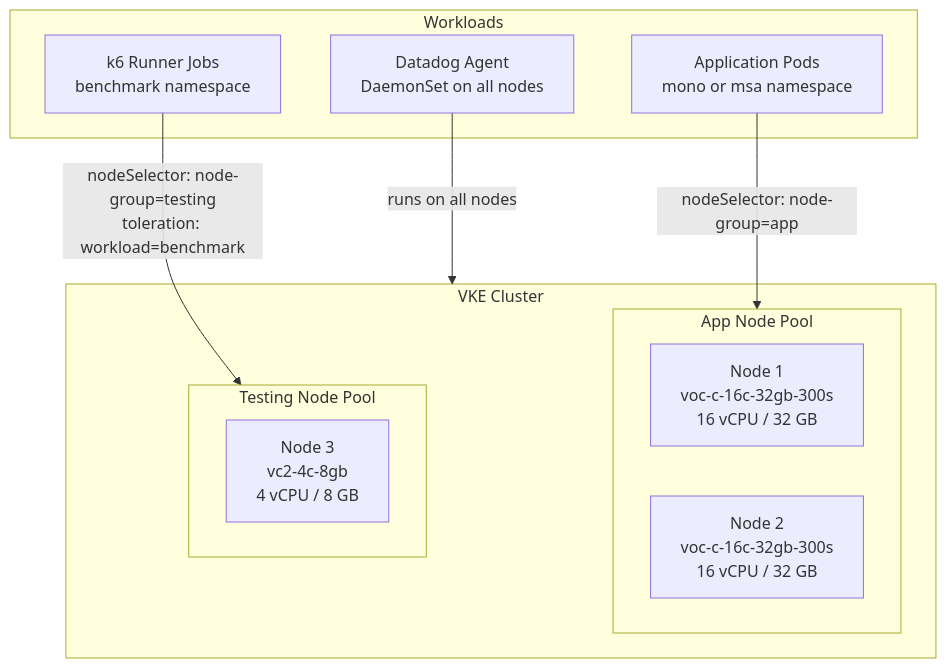
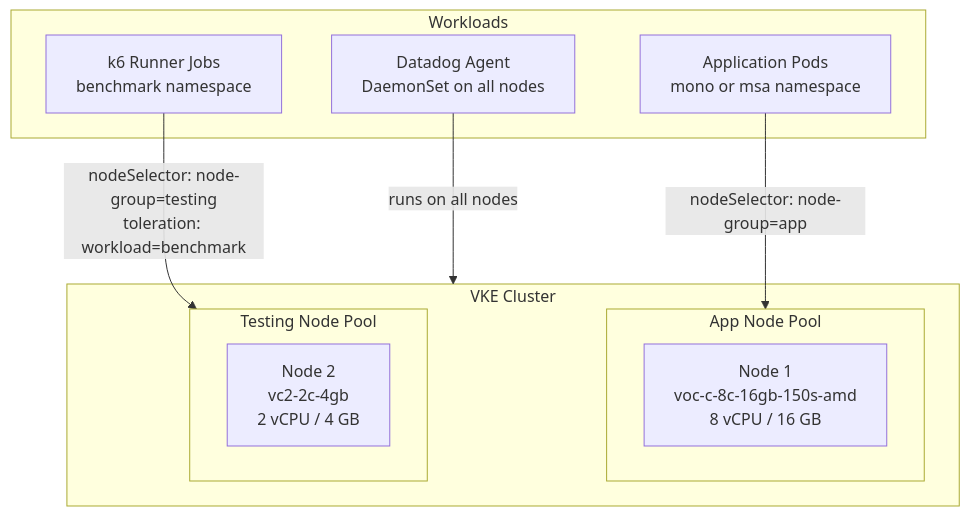
Before and after one commit to Ahmad-mufied/monolith-vs-microservice-thesis: the fourth of 10 diagrams in docs/infrastructure/vultr-complete-architecture.md, drawn with Mermaid. The commit also changed other lines of this file and 44 other files, not shown here.

````diff
--- a/docs/infrastructure/vultr-complete-architecture.md
+++ b/docs/infrastructure/vultr-complete-architecture.md
@@ -475,23 +475,22 @@
 ```mermaid
 flowchart TB
   subgraph vke["VKE Cluster"]
     subgraph app_pool["App Node Pool"]
-      node1["Node 1<br/>voc-c-16c-32gb-300s<br/>16 vCPU / 32 GB"]
-      node2["Node 2<br/>voc-c-16c-32gb-300s<br/>16 vCPU / 32 GB"]
+      node1["Node 1<br/>voc-c-8c-16gb-150s-amd<br/>8 vCPU / 16 GB"]
     end
 
     subgraph test_pool["Testing Node Pool"]
-      node3["Node 3<br/>vc2-4c-8gb<br/>4 vCPU / 8 GB"]
+      node3["Node 2<br/>vc2-2c-4gb<br/>2 vCPU / 4 GB"]
     end
   end
 
   subgraph workloads["Workloads"]
     app["Application Pods<br/>mono or msa namespace"]
     k6["k6 Runner Jobs<br/>benchmark namespace"]
     dd["Datadog Agent<br/>DaemonSet on all nodes"]
   end
 
   app -->|"nodeSelector: node-group=app"| app_pool
   k6 -->|"nodeSelector: node-group=testing<br/>toleration: workload=benchmark"| test_pool
   dd -->|"runs on all nodes"| vke
 ```
````
